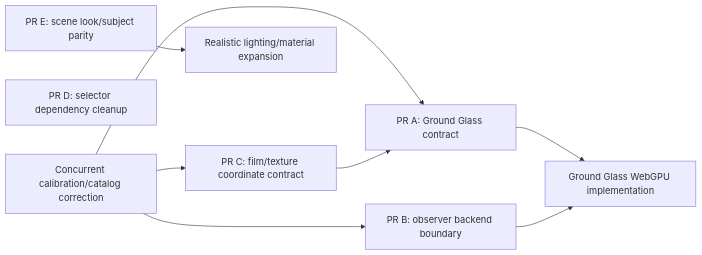
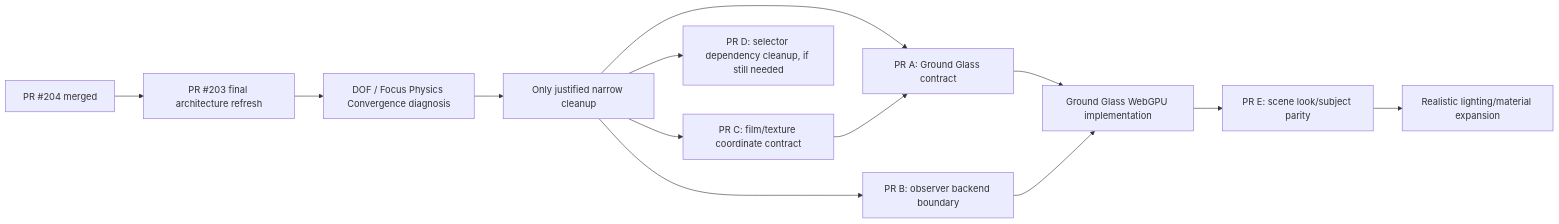
The third of 4 diagrams in docs/ARCHITECTURE_DIAGNOSIS.md (chau-hm/view-camera-simulator), drawn with Mermaid before and after one commit. The commit also changed other lines of this file, not shown here.

Commit message:
docs: refresh architecture diagnosis after optics correction

````diff
--- a/docs/ARCHITECTURE_DIAGNOSIS.md
+++ b/docs/ARCHITECTURE_DIAGNOSIS.md
@@ -565,11 +590,15 @@
 ```mermaid
 flowchart LR
-  CORR[Concurrent calibration/catalog correction] --> A[PR A: Ground Glass contract]
-  CORR --> B[PR B: observer backend boundary]
-  CORR --> C[PR C: film/texture coordinate contract]
+  P204[PR #204 merged] --> P203[PR #203 final architecture refresh]
+  P203 --> DIAG[DOF / Focus Physics Convergence diagnosis]
+  DIAG --> CLEAN[Only justified narrow cleanup]
+  CLEAN --> A[PR A: Ground Glass contract]
+  CLEAN --> B[PR B: observer backend boundary]
+  CLEAN --> C[PR C: film/texture coordinate contract]
   C --> A
   A --> GG[Ground Glass WebGPU implementation]
   B --> GG
-  D[PR D: selector dependency cleanup]
-  E[PR E: scene look/subject parity] --> REAL[Realistic lighting/material expansion]
+  CLEAN --> D[PR D: selector dependency cleanup, if still needed]
+  GG --> E[PR E: scene look/subject parity]
+  E --> REAL[Realistic lighting/material expansion]
 ```
````
